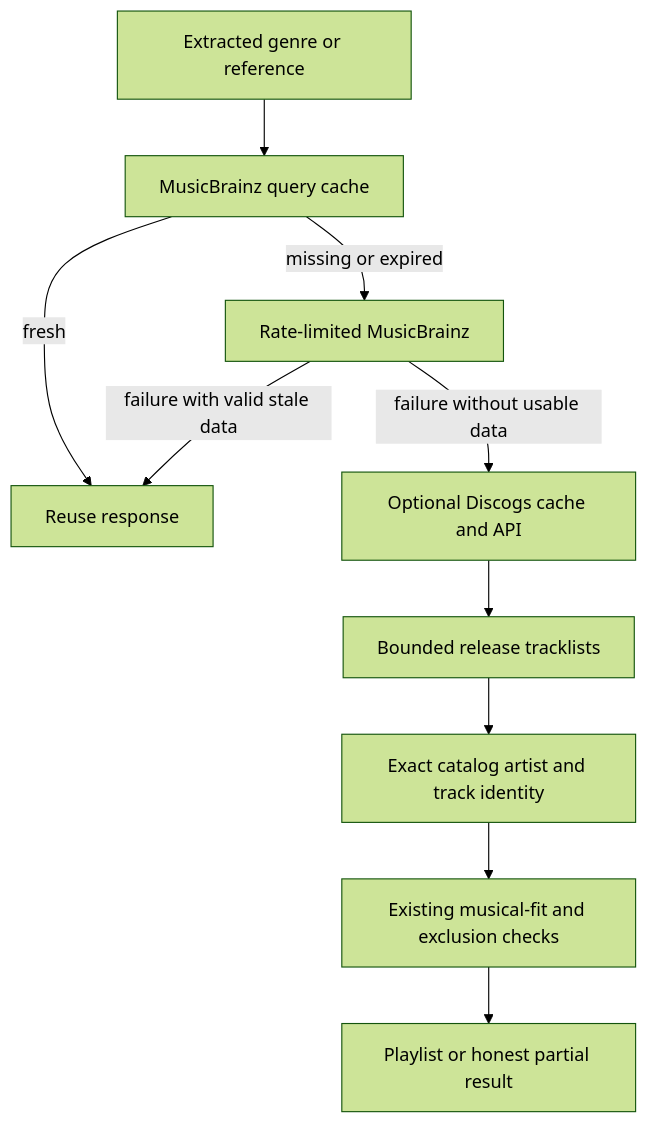
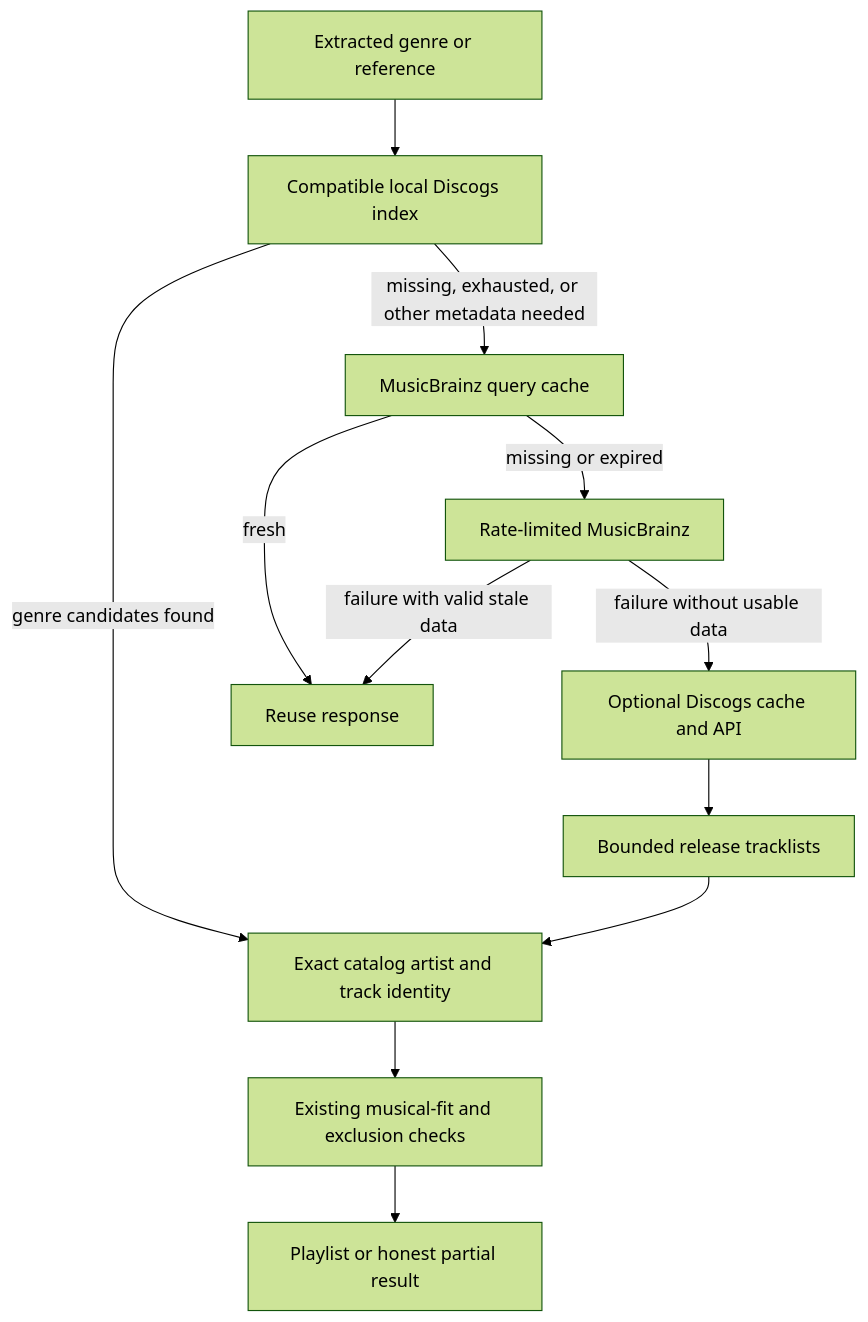
The first of 2 diagrams in docs/music-metadata.md (platten/playlistai), drawn with Mermaid (forest theme) before and after one commit. The commit also changed other lines of this file and 59 other files, not shown here.

````diff
--- a/docs/music-metadata.md
+++ b/docs/music-metadata.md
@@ -54,12 +60,14 @@
 ```mermaid
 flowchart TD
-    Q[Extracted genre or reference] --> C[MusicBrainz query cache]
+    Q[Extracted genre or reference] --> L[Compatible local Discogs index]
+    L -->|genre candidates found| I[Exact catalog artist and track identity]
+    L -->|missing, exhausted, or other metadata needed| C[MusicBrainz query cache]
     C -->|fresh| M[Reuse response]
     C -->|missing or expired| MB[Rate-limited MusicBrainz]
     MB -->|failure with valid stale data| M
     MB -->|failure without usable data| D[Optional Discogs cache and API]
     D --> R[Bounded release tracklists]
-    R --> I[Exact catalog artist and track identity]
+    R --> I
     I --> F[Existing musical-fit and exclusion checks]
     F --> O[Playlist or honest partial result]
 ```
````
